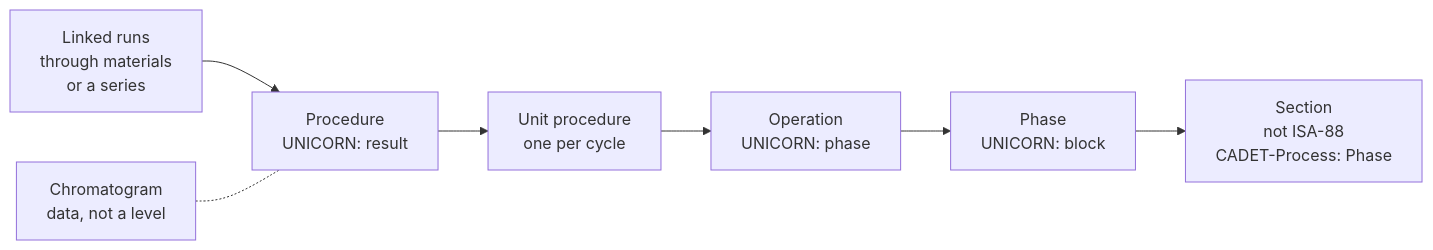
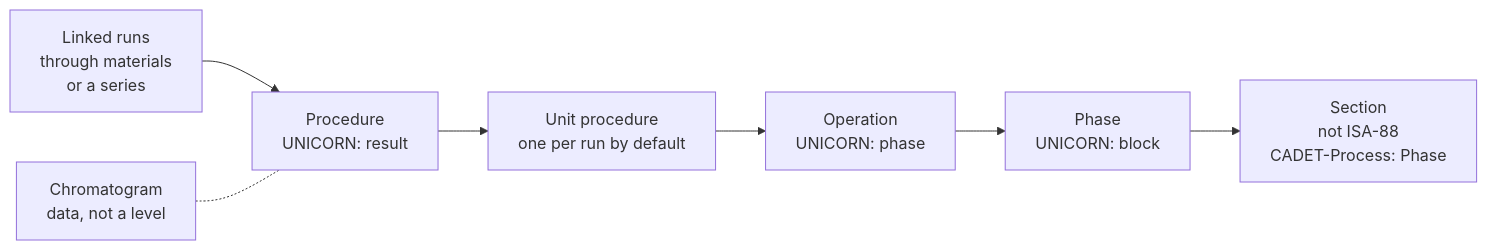
One commit to traylosj/PyCORN changed the second of 12 diagrams in docs/RUN_STRUCTURE_RECORD.md. Above: the diagram before and after it, drawn with Mermaid. The commit also changed other lines of this file and 17 other files, not shown here.

````diff
--- a/docs/RUN_STRUCTURE_RECORD.md
+++ b/docs/RUN_STRUCTURE_RECORD.md
@@ -149,10 +149,10 @@
 ```mermaid
 flowchart LR
     prod["Linked runs<br/>through materials<br/>or a series"] --> proc
     proc["Procedure<br/>UNICORN: result"] --> up
-    up["Unit procedure<br/>one per cycle"] --> op
+    up["Unit procedure<br/>one per run by default"] --> op
     op["Operation<br/>UNICORN: phase"] --> ph
     ph["Phase<br/>UNICORN: block"] --> st
     st["Section<br/>not ISA-88<br/>CADET-Process: Phase"]
     chrom["Chromatogram<br/>data, not a level"] -.- proc
 ```
````
